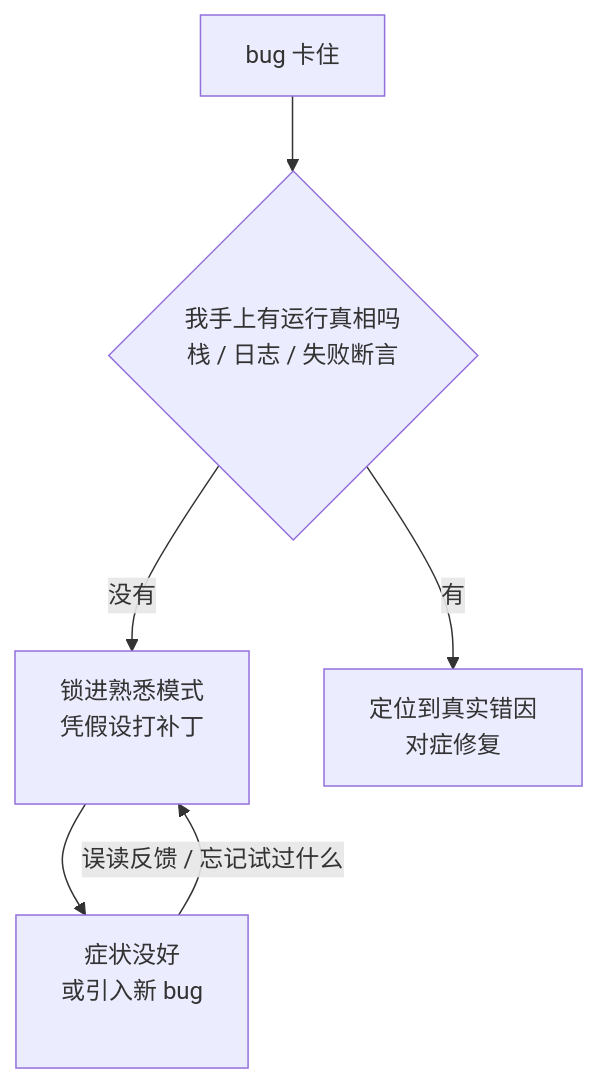
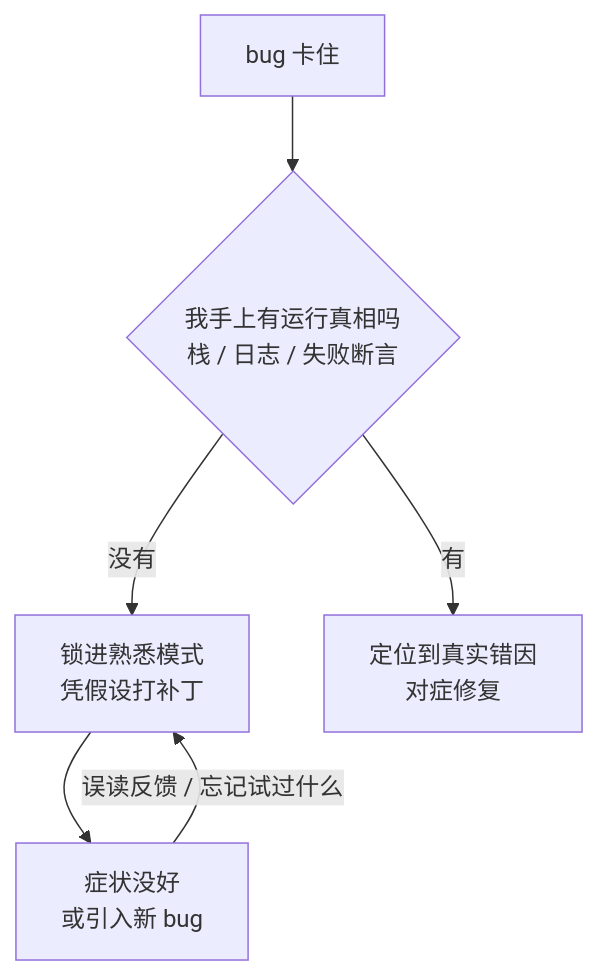
Before and after one commit to XuebinMa/AIWiki: the diagram in docs/05-implementation/degenerative-debugging-loops.mdx, drawn with Mermaid. The commit also changed 99 other files, not shown here.

First line of the commit message:
fix(mermaid): 全局根治节点文字裁切（htmlLabels:false + 清理 br/nbsp 占位）(#26)

````diff
--- a/docs/05-implementation/degenerative-debugging-loops.mdx
+++ b/docs/05-implementation/degenerative-debugging-loops.mdx
@@ -39,8 +39,8 @@
 ```mermaid
 flowchart TD
-    A["bug 卡住"] --> B{"我手上有运行真相吗<br/>栈 / 日志 / 失败断言<br/>&nbsp;"}
-    B -- 没有 --> C["锁进熟悉模式<br/>凭假设打补丁<br/>&nbsp;"]
-    C --> D["症状没好<br/>或引入新 bug<br/>&nbsp;"]
+    A["bug 卡住"] --> B{"我手上有运行真相吗<br/>栈 / 日志 / 失败断言"}
+    B -- 没有 --> C["锁进熟悉模式<br/>凭假设打补丁"]
+    C --> D["症状没好<br/>或引入新 bug"]
     D -- 误读反馈 / 忘记试过什么 --> C
     B -- 有 --> E["定位到真实错因<br/>对症修复"]
 ```
````
